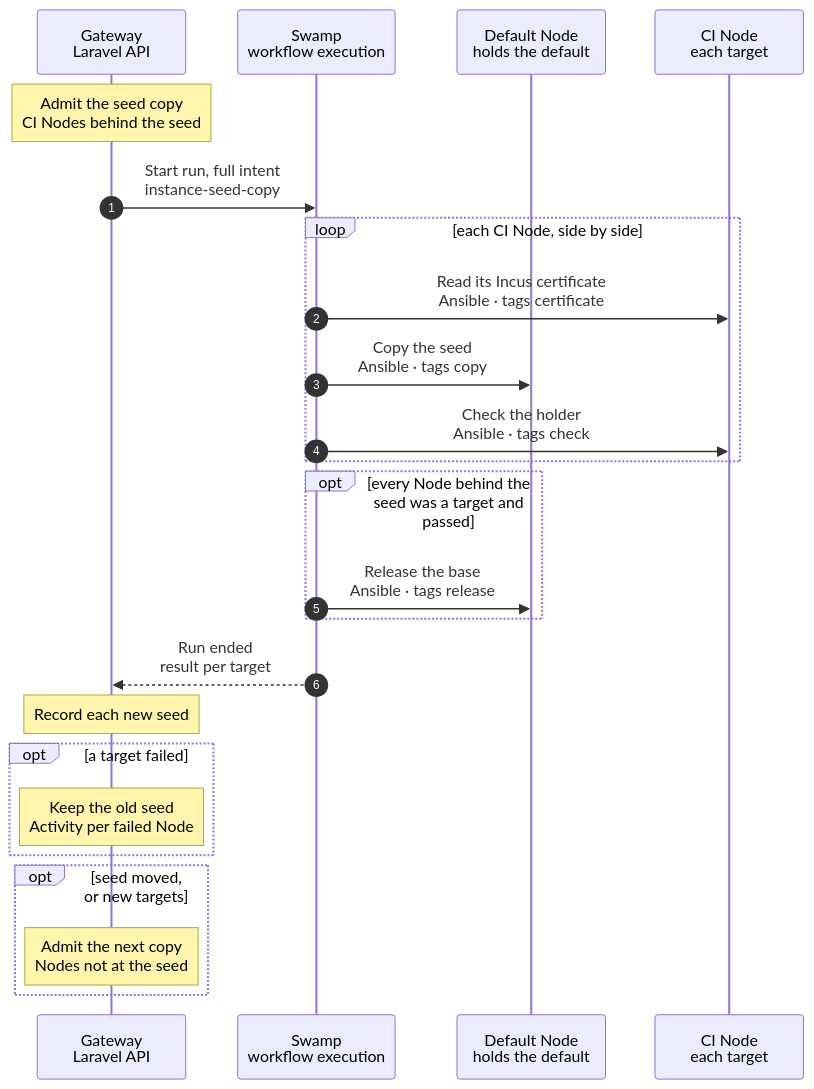
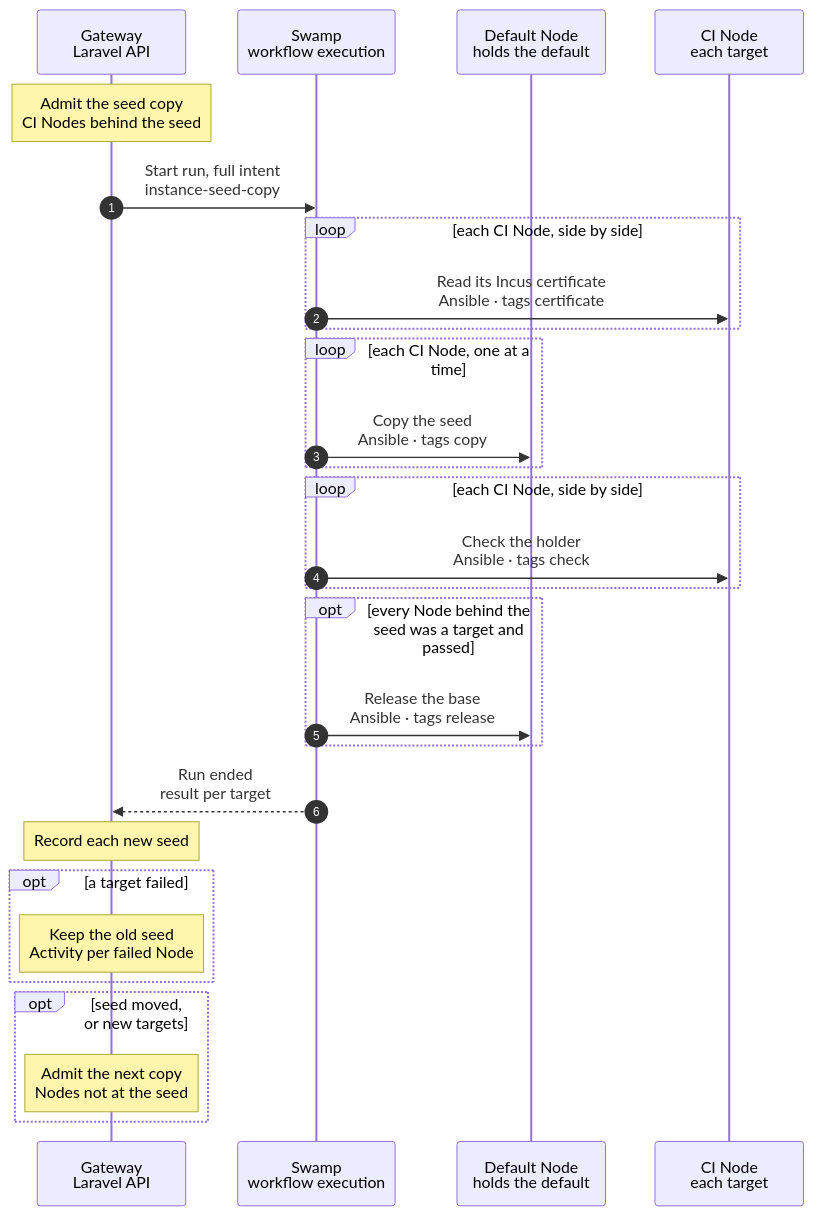
Before and after one commit to hardimpactdev/orbit: the diagram in docs/cli/instance/seed-copy.mmd, drawn with Mermaid. The commit also changed 1 other file, not shown here.

Commit message:
docs(seed-copy): copies of one source run one target at a time
Each push of the default's inner volume takes a snapshot on the default's
Node, and Incus freezes the mounted file system for it. A second freeze of
a frozen file system fails with EBUSY, so two copies side by side can fail
a target. The chart and the reference now run the copies one at a time;
the certificate reads and the checks stay side by side.

```diff
--- a/docs/cli/instance/seed-copy.mmd
+++ b/docs/cli/instance/seed-copy.mmd
@@ -1,90 +1,96 @@
 sequenceDiagram
   %% Target design, ADR 0260 build step 4 (docs/reference/development-containers.md#the-seed-on-each-ci-node): each Node that offers proof places, other than the default's own Node, keeps its own seed of the proof Project's default. One run per seed of the default sends the seed to every CI Node whose seed is behind; each target may fail alone.
   %% Decided by the main orchestrator (2026-11-16): Incus moves the seed, `incus copy --refresh --mode=push` from the default's Node to each CI Node over WireGuard. Push mode needs a listener on the target only, so the default's Node gets a client remote and no daemon change. Each CI Node listens on its WireGuard address and trusts the default Node's client certificate for `orbit-instances-nested` only (docs/reference/node-provisioning.md#the-seed-listener). `--refresh` sends only the snapshots that changed. Rejected: one seed that every copy fetches over the network at its start (ADR 0260), a seed Instance per CI Node that refreshes its own fleet, and a ZFS stream through the Swamp worker with bookmarks of Orbit's own.
   %% status: draft
   %% command: none · after the proof default records a seed, or a CI Node's ci-runner add or converge passes
   %% kind: instance.seed_copy
   autonumber
   %% lane GW icon=gateway pill=intent tone=blue
   %% lane SW icon=workflow pill=executes tone=green
   %% lane N icon=server pill=target tone=amber
   %% lane C icon=server pill=target tone=purple
   participant GW as Gateway<br/>Laravel API
   participant SW as Swamp<br/>workflow execution
   participant N as Default Node<br/>holds the default
   participant C as CI Node<br/>each target
   Note over GW: Admit the seed copy<br/>CI Nodes behind the seed
   %%> Started by:
   %%> - the proof default records a new seed: the refresh after a release, or an `instance:deploy` of the default
   %%> - a `ci-runner` add or converge of a Node that offers proof places passes
   %%> - a seed copy ends, only when the default's seed moved during it (all Nodes behind the new seed), or for Nodes that no seed copy has tried at the same seed (a Node that became a target while the copy held the lock)
   %%> Never started by:
   %%> - the end of a copy for a Node that any seed copy has tried at the same seed: it waits for the next seed or for its own `ci-runner` converge, so lasting failures do not repeat, also not two Nodes for each other
   %%> Requirements:
   %%> - the proof Project's default is active and has a seed; a seed is its commit and the time the default took it
   %%> - targets: every Node that offers proof places (`ci-runner`, CI places, with or without `app-dev`), other than the default's Node, whose recorded seed is not that seed (docs/reference/node-provisioning.md#proof-copies-on-a-ci-node), and whose seed listener is ready: its `nodes.seed_sender_id` names the default's Node; with none, nothing is admitted
   %%> - every run that changes the listener records `seed_sender_id` by one rule: a `ci-runner` add, role converge or removal, and a `node:converge` with the role; a passed add or role converge sets the sender, a `node:converge` whose roles phase passed keeps only the sender it already names, and any other end clears it (docs/reference/node-provisioning.md#the-seed-listener)
   %%> - when the default moves to another Node, no CI Node is a target until its `ci-runner` role is converged again
   %%> Not a target:
   %%> - a Node whose listener is not ready: no copy fails on it and no copy marks it tried; its next passed `ci-runner` converge makes it a target
   %%> - one copy at a time: an open copy holds the default's seed-copy lock, `operation.target_busy`
   %%> Result:
   %%> - a task is recorded with the full intent: the default's Node, container and inner volume, per target its Node and WireGuard address, and `release_base` when the run's targets are all the Nodes behind the seed
   GW->>SW: Start run, full intent<br/>instance-seed-copy
   loop each CI Node, side by side
     SW->>C: Read its Incus certificate<br/>Ansible · tags certificate
     %%> What it does:
     %%> - reads the Incus server certificate of the CI Node and checks that the Node listens on its WireGuard address
     %%> On failure:
     %%> - no listener: this target fails; a `ci-runner` converge of the Node adds the listener and the trust
+  end
+  loop each CI Node, one at a time
     SW->>N: Copy the seed<br/>Ansible · tags copy
     %%> What it does:
     %%> - adds the client remote `proof-node-ID` of root when it is missing, and refuses when the certificate that root's client stored for it is not the one read on the CI Node
     %%> - names the base: when the default holds a `base-COMMIT` pair and the holder holds `seed-COMMIT`, renames the holder's pair to `base-COMMIT` through the remote; a rename keeps the creation time, so both sides share that snapshot
     %%> - `incus storage volume copy` of the inner volume to `proof-seed-inner` with `--refresh --mode=push`, then `incus copy DEFAULT proof-node-ID:proof-seed` with the same flags, in `orbit-instances-nested`
     %%> Why push:
     %%> - the source server sends the data and only the target listens, so the default's Node needs no listener and no daemon change
     %%> Why refresh:
     %%> - Incus compares the snapshots on both sides by name and creation time and sends only the newer ones, from the newest shared one; the holder gets `seed-COMMIT` natively; the first copy to a Node sends the whole pair
     %%> Why a base:
     %%> - a retake deletes or renames the old `seed-COMMIT`, so without the default's `base-COMMIT` no snapshot is shared and the refresh sends the whole pair; the retake keeps it while a ready CI Node records that seed (`ProofSeeds`)
     %%> Why the whole instance:
     %%> - a snapshot source carries no snapshots, so a refresh from it could not find a common one
+    %%> Why one at a time:
+    %%> - each push takes a snapshot of the default's mounted inner volume, and Incus freezes its file system (`fsfreeze`) for that snapshot; a second freeze of a frozen file system fails with `Device or resource busy`, so two copies side by side can fail a target
     %%> On failure:
-    %%> - this target fails with `instance.seed_copy_failed`; the other targets go on
+    %%> - this target fails with `instance.seed_copy_failed`; the next target's copy still runs
+  end
+  loop each CI Node, side by side
     SW->>C: Check the holder<br/>Ansible · tags check
     %%> What it does:
     %%> - the holder `proof-seed` has the snapshot `seed-COMMIT` that the run was admitted for, and its volume has the snapshot of the same name
     %%> - the holder's config and devices match the default's, as the start guard checks them; the volume has exactly the inner volume's keys
   end
   opt every Node behind the seed was a target and passed
     SW->>N: Release the base<br/>Ansible · tags release
     %%> When:
     %%> - the intent's `release_base`: the run's targets are all the Nodes behind the default's seed (`ProofSeeds`); every target passed; the default still holds a snapshot with the name the run was admitted for (by name only: after a retake at the same commit during the run, the base that the retake kept goes too)
     %%> What it does:
     %%> - deletes every `base-` pair of the default; the holders drop it at their next refresh
     %%> On failure:
     %%> - no target's result changes; the next retake deletes the base
   end
   SW-->>GW: Run ended<br/>result per target
   %%> How the Gateway learns it:
   %%> - its shared run reader sees the terminal event; Swamp never calls the Gateway
   Note over GW: Record each new seed
   %%> Result:
   %%> - each Node whose target passed records the seed it was admitted for: its commit and its time; it offers proof places again
   %%> - a proof copy on that Node clones `proof-seed/seed-COMMIT` with the clone step of every copy
   opt a target failed
     Note over GW: Keep the old seed<br/>Activity per failed Node
     %%> Result:
     %%> - the failed Node keeps its recorded seed and offers no proof places until a copy passes; copies made earlier keep running
     %%> - the Activity row `instance.seed_copy_failed` names the Node, the Operation and the detail
     %%> - the release and the default are unchanged; the next seed or the Node's own `ci-runner` converge copies again, and a rerun is safe
   end
   opt seed moved, or new targets
     Note over GW: Admit the next copy<br/>Nodes not at the seed
     %%> When:
     %%> - the default took a newer seed while the copy ran: every Node behind it is a target
     %%> - the seed is the same, and a Node that no seed copy has tried at this seed is behind it: only such Nodes are targets; the Gateway reads which Nodes were tried from the targets of the recorded `instance.seed_copy` Operations of that seed
     %%> Not:
     %%> - for a Node that failed at the same seed
   end
```
